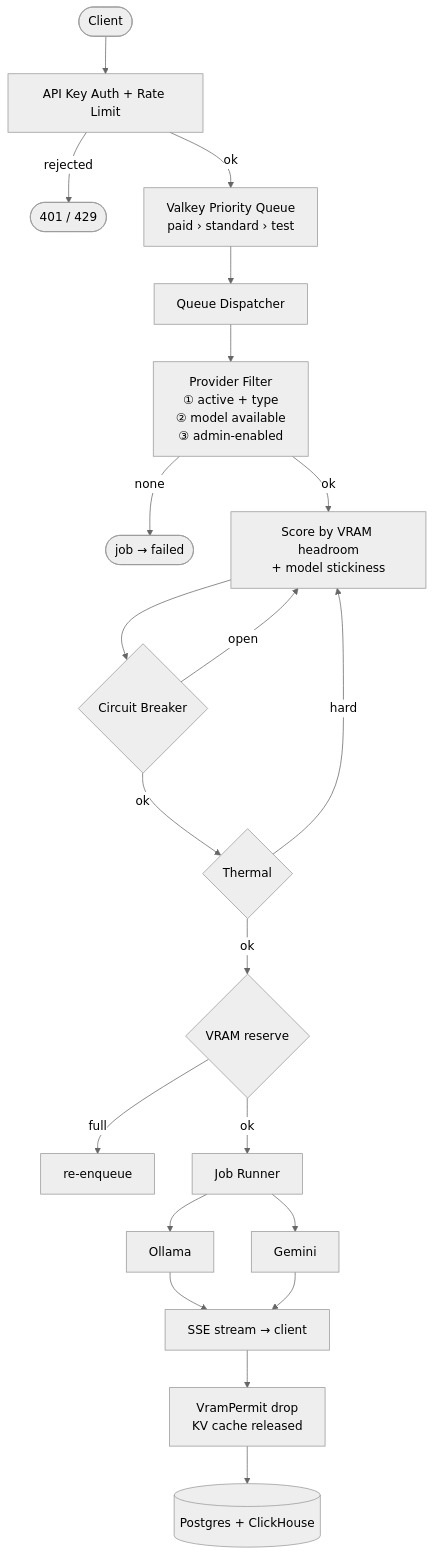
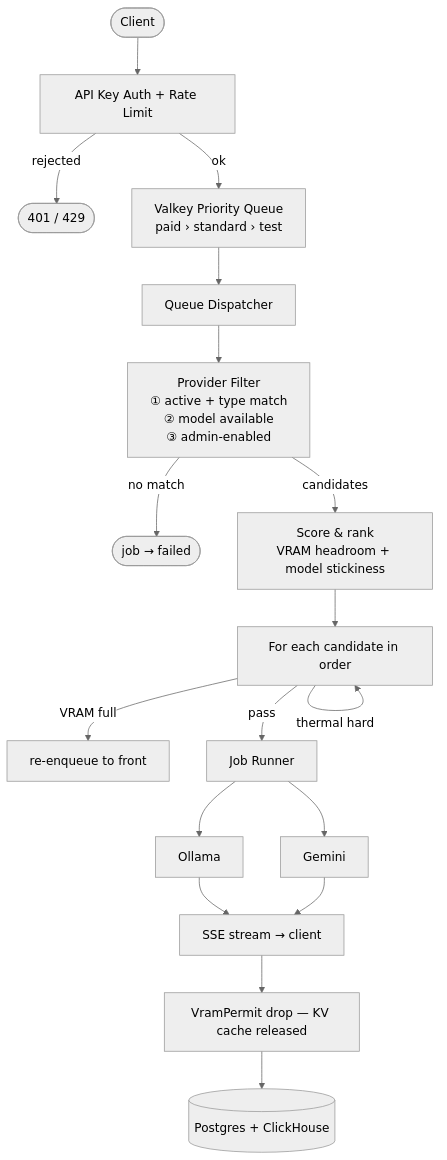
The first of 2 diagrams in README.md (beegy-labs/veronex), drawn with Mermaid (neutral theme) before and after one commit. The commit also changed other lines of this file, not shown here.

Commit message:
docs(readme): fix request flow, merge api usage, drop hardware note

````diff
--- a/README.md
+++ b/README.md
@@ -58,25 +50,23 @@
 ```mermaid
 flowchart TD
     C([Client]) --> M[API Key Auth + Rate Limit]
     M -->|rejected| E([401 / 429])
     M -->|ok| Q[Valkey Priority Queue\npaid › standard › test]
 
     Q --> D[Queue Dispatcher]
-    D --> F[Provider Filter\n① active + type\n② model available\n③ admin-enabled]
-    F -->|none| FAIL([job → failed])
-    F -->|ok| S[Score by VRAM headroom\n+ model stickiness]
+    D --> F[Provider Filter\n① active + type match\n② model available\n③ admin-enabled]
+    F -->|no match| FAIL([job → failed])
+    F -->|candidates| S[Score & rank\nVRAM headroom + model stickiness]
 
-    S --> CB{Circuit Breaker}
-    CB -->|open| S
-    CB -->|ok| TH{Thermal}
-    TH -->|hard| S
-    TH -->|ok| VR{VRAM reserve}
-    VR -->|full| RQ[re-enqueue]
-    VR -->|ok| RUN[Job Runner]
+    S --> GATE["For each candidate in order"]
+    GATE -->|circuit open| GATE
+    GATE -->|thermal hard| GATE
+    GATE -->|VRAM full| RQ[re-enqueue to front]
+    GATE -->|pass| RUN[Job Runner]
 
     RUN --> OL[Ollama]
     RUN --> GM[Gemini]
     OL & GM --> SSE[SSE stream → client]
-    SSE --> DROP[VramPermit drop\nKV cache released]
+    SSE --> DROP[VramPermit drop — KV cache released]
     DROP --> OBS[(Postgres + ClickHouse)]
 ```
````
